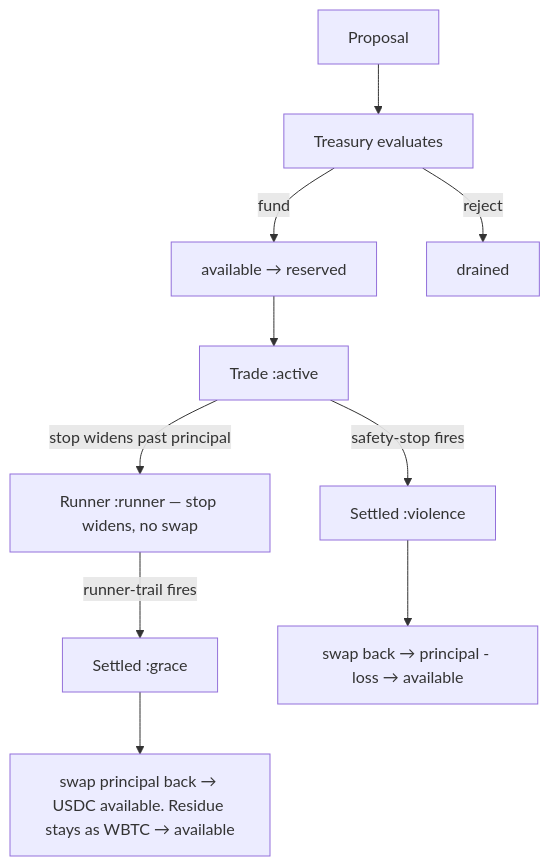
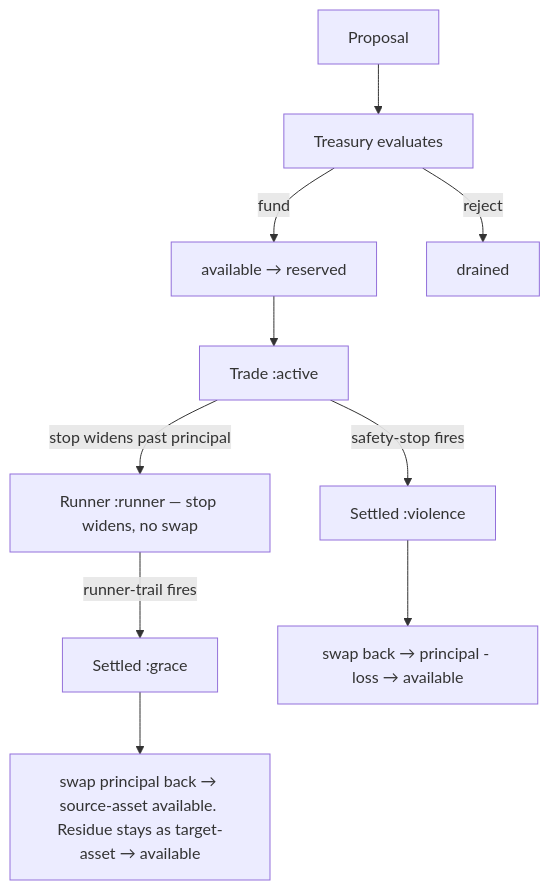
One commit to watmin/holon-lab-trading changed the fifth of 9 diagrams in wat/CIRCUIT.md. Above: the diagram before and after it, drawn with Mermaid.

Commit message:
wat: CIRCUIT — Grace exit label asset-agnostic. source-asset, not USDC.
The guide is pair-agnostic. The circuit was hardcoded to USDC/WBTC.
Now: swap principal → source-asset, residue stays as target-asset.

````diff
--- a/wat/CIRCUIT.md
+++ b/wat/CIRCUIT.md
@@ -155,12 +155,12 @@
 ```mermaid
 graph TD
     PR[Proposal] --> TR[Treasury evaluates]
     TR -->|fund| AV[available → reserved]
     AV --> TD[Trade :active]
     TD -->|stop widens past principal| RN[Runner :runner — stop widens, no swap]
     TD -->|safety-stop fires| SV[Settled :violence]
     RN -->|runner-trail fires| SG[Settled :grace]
     SV --> EXIT1[swap back → principal - loss → available]
-    SG --> EXIT2[swap principal back → USDC available. Residue stays as WBTC → available]
+    SG --> EXIT2[swap principal back → source-asset available. Residue stays as target-asset → available]
     TR -->|reject| DR[drained]
 ```
````
